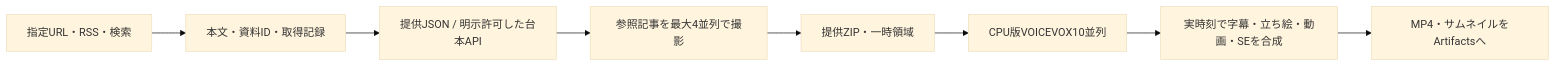
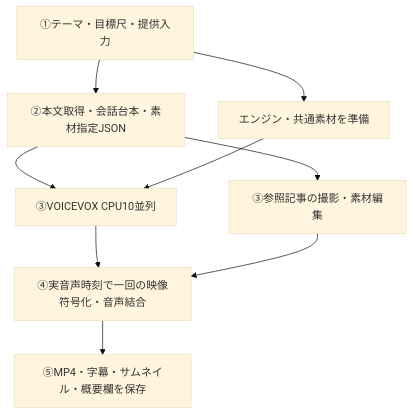
Before and after one commit to nyu1791-collab/voiceBox-Pipeline: the diagram in docs/RULES.md, drawn with Mermaid (base theme). The commit also changed other lines of this file and 12 other files, not shown here.

````diff
--- a/docs/RULES.md
+++ b/docs/RULES.md
@@ -7,10 +9,11 @@
 ```mermaid
-flowchart LR
-  A[指定URL・RSS・検索] --> B[本文・資料ID・取得記録]
-  B --> C[提供JSON / 明示許可した台本API]
-  C --> D[参照記事を最大4並列で撮影]
-  D --> E[提供ZIP・一時領域]
-  E --> F[CPU版VOICEVOX10並列]
-  F --> G[実時刻で字幕・立ち絵・動画・SEを合成]
-  G --> H[MP4・サムネイルをArtifactsへ]
+flowchart TD
+  A[①テーマ・目標尺・提供入力] --> B[②本文取得・会話台本・素材指定JSON]
+  A --> P[エンジン・共通素材を準備]
+  B --> C[③VOICEVOX CPU10並列]
+  P --> C
+  B --> D[③参照記事の撮影・素材編集]
+  C --> E[④実音声時刻で一回の映像符号化・音声結合]
+  D --> E
+  E --> F[⑤MP4・字幕・サムネイル・概要欄を保存]
 ```
````
